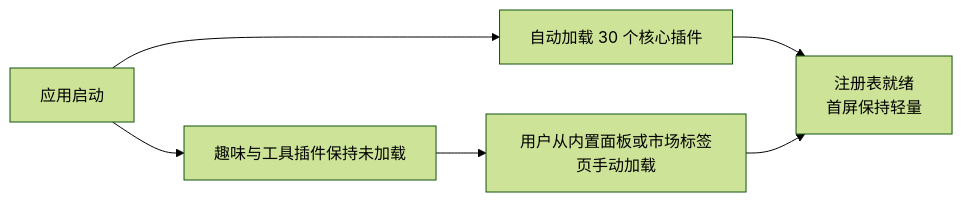
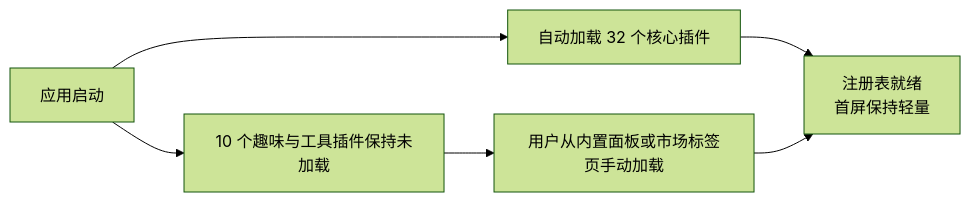
One commit to SnowLeopard-io/ErgalicsStudio changed the second of 4 diagrams in docs/technical/03-插件系统.md. Above: the diagram before and after it, drawn with Mermaid (forest theme). The commit also changed other lines of this file and 46 other files, not shown here.

````diff
--- a/docs/technical/03-插件系统.md
+++ b/docs/technical/03-插件系统.md
@@ -136,8 +135,8 @@
 ```mermaid
 flowchart LR
-    A["应用启动"] --> B["自动加载 30 个核心插件"]
-    A --> C["趣味与工具插件保持未加载"]
+    A["应用启动"] --> B["自动加载 32 个核心插件"]
+    A --> C["10 个趣味与工具插件保持未加载"]
     C --> D["用户从内置面板或市场标签页手动加载"]
     B --> E["注册表就绪<br/>首屏保持轻量"]
     D --> E
 ```
````
